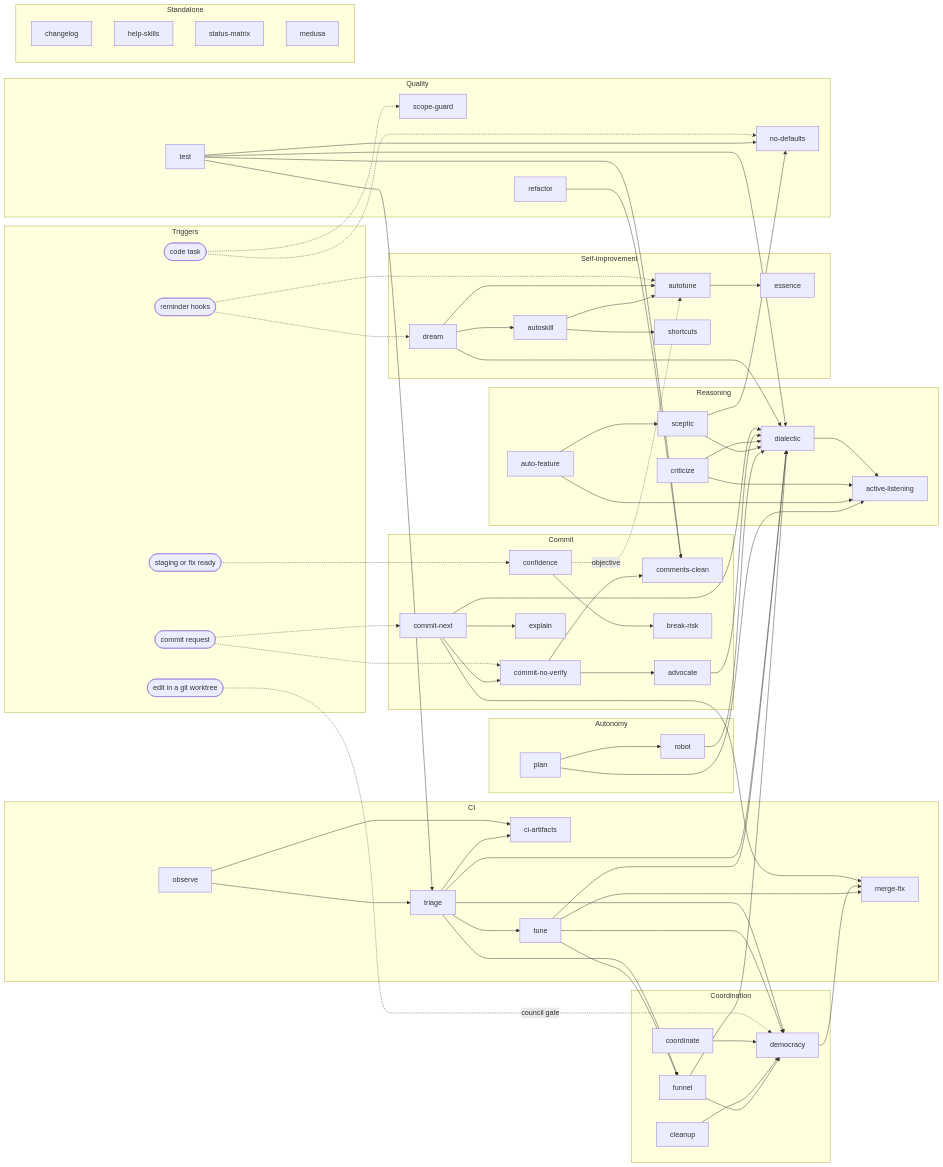
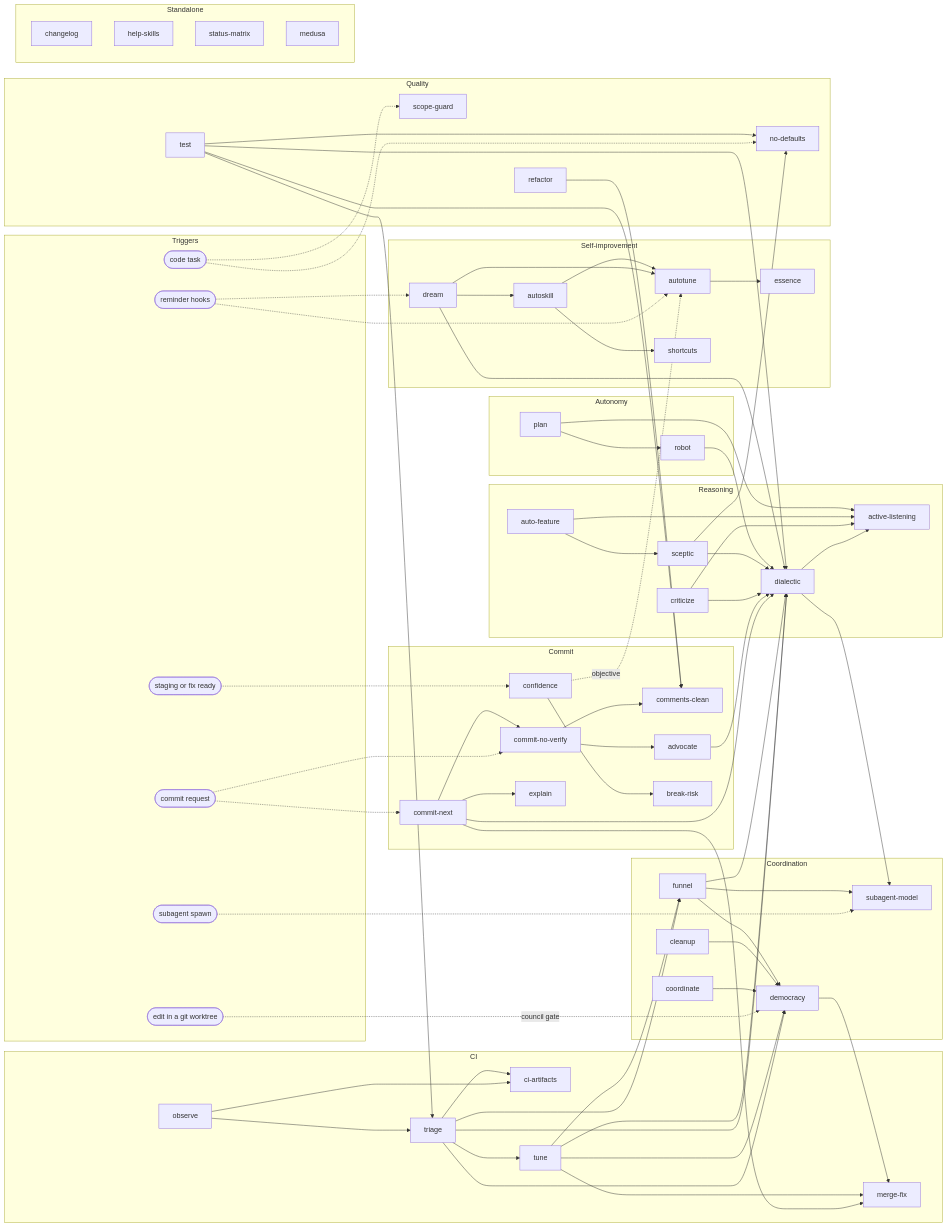
Before and after one commit to kevinveenbirkenbach/skills: the diagram in README.md, drawn with Mermaid. The commit also changed other lines of this file and 7 other files, not shown here.

Commit message:
feat(subagent-model): pick a cheaper subagent model only at 90 % same-result confidence and log spawns with their quality

```diff
--- a/README.md
+++ b/README.md
@@ -19,6 +19,7 @@
     edit_hook([edit in a git worktree])
     reminders([reminder hooks])
     code_task([code task])
+    spawn([subagent spawn])
   end
   subgraph commit [Commit]
     commit_next[commit-next]
@@ -34,6 +35,7 @@
     coordinate[coordinate]
     funnel[funnel]
     cleanup[cleanup]
+    subagent_model[subagent-model]
   end
   subgraph ci [CI]
     observe[observe]
@@ -81,6 +83,7 @@
   reminders -.-> autotune
   code_task -.-> no_defaults
   code_task -.-> scope_guard
+  spawn -.-> subagent_model
 
   commit_next --> merge_fix
   commit_next --> commit_no_verify
@@ -96,6 +99,8 @@
   cleanup --> democracy
   funnel --> democracy
   funnel --> dialectic
+  funnel --> subagent_model
+  dialectic --> subagent_model
   democracy --> merge_fix
 
   observe --> triage
```
